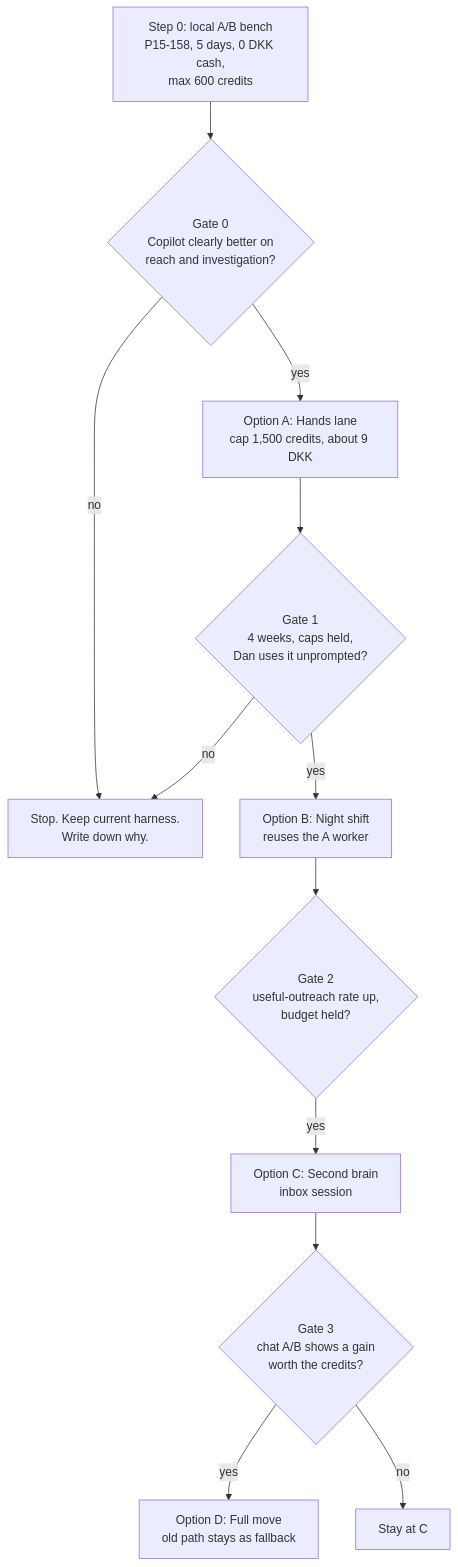
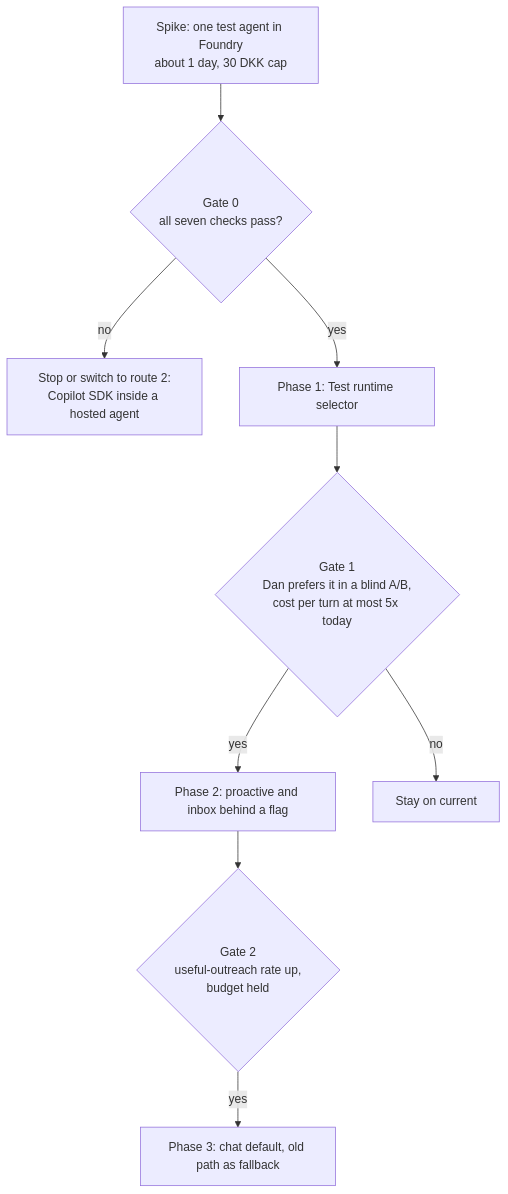
One commit to DanAakesen/jarvis changed the first of 2 diagrams in docs/harness-trial/04-recommendation.md. Above: the diagram before and after it, drawn with Mermaid. The commit also changed other lines of this file and 6 other files, not shown here.

First line of the commit message:
P15-146: Redo the Copilot-harness trial as one managed-harness target in Foundry (#1854)

````diff
--- a/docs/harness-trial/04-recommendation.md
+++ b/docs/harness-trial/04-recommendation.md
@@ -21,14 +25,11 @@
 ```mermaid
 flowchart TB
-    S0["Step 0: local A/B bench<br/>P15-158, 5 days, 0 DKK cash,<br/>max 600 credits"] --> G0{"Gate 0<br/>Copilot clearly better on<br/>reach and investigation?"}
-    G0 -->|"no"| Stop["Stop. Keep current harness.<br/>Write down why."]
-    G0 -->|"yes"| A["Option A: Hands lane<br/>cap 1,500 credits, about 9 DKK"]
-    A --> G1{"Gate 1<br/>4 weeks, caps held,<br/>Dan uses it unprompted?"}
-    G1 -->|"no"| Stop
-    G1 -->|"yes"| B["Option B: Night shift<br/>reuses the A worker"]
-    B --> G2{"Gate 2<br/>useful-outreach rate up,<br/>budget held?"}
-    G2 -->|"yes"| C["Option C: Second brain<br/>inbox session"]
-    C --> G3{"Gate 3<br/>chat A/B shows a gain<br/>worth the credits?"}
-    G3 -->|"yes"| D["Option D: Full move<br/>old path stays as fallback"]
-    G3 -->|"no"| Keep["Stay at C"]
+    S0["Spike: one test agent in Foundry<br/>about 1 day, 30 DKK cap"] --> G0{"Gate 0<br/>all seven checks pass?"}
+    G0 -->|"no"| X["Stop or switch to route 2:<br/>Copilot SDK inside a hosted agent"]
+    G0 -->|"yes"| P1["Phase 1: Test runtime selector"]
+    P1 --> G1{"Gate 1<br/>Dan prefers it in a blind A/B,<br/>cost per turn at most 5x today"}
+    G1 -->|"yes"| P2["Phase 2: proactive and inbox behind a flag"]
+    P2 --> G2{"Gate 2<br/>useful-outreach rate up,<br/>budget held"}
+    G2 -->|"yes"| P3["Phase 3: chat default, old path as fallback"]
+    G1 -->|"no"| Stay["Stay on current"]
 ```
````
